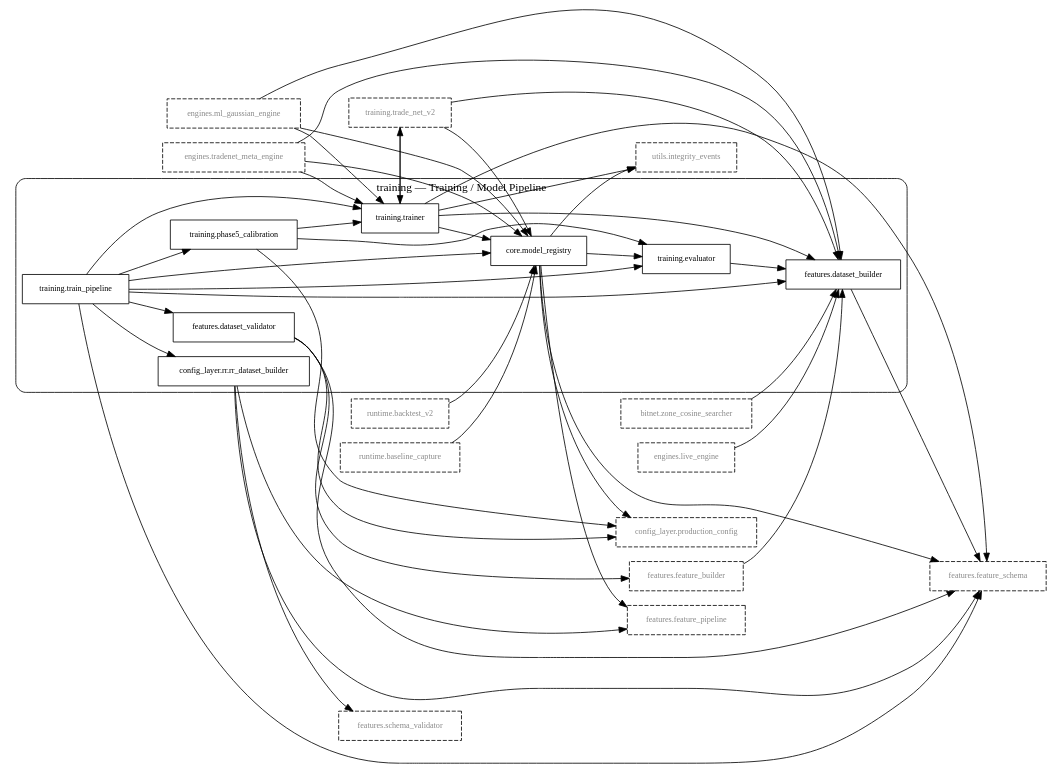
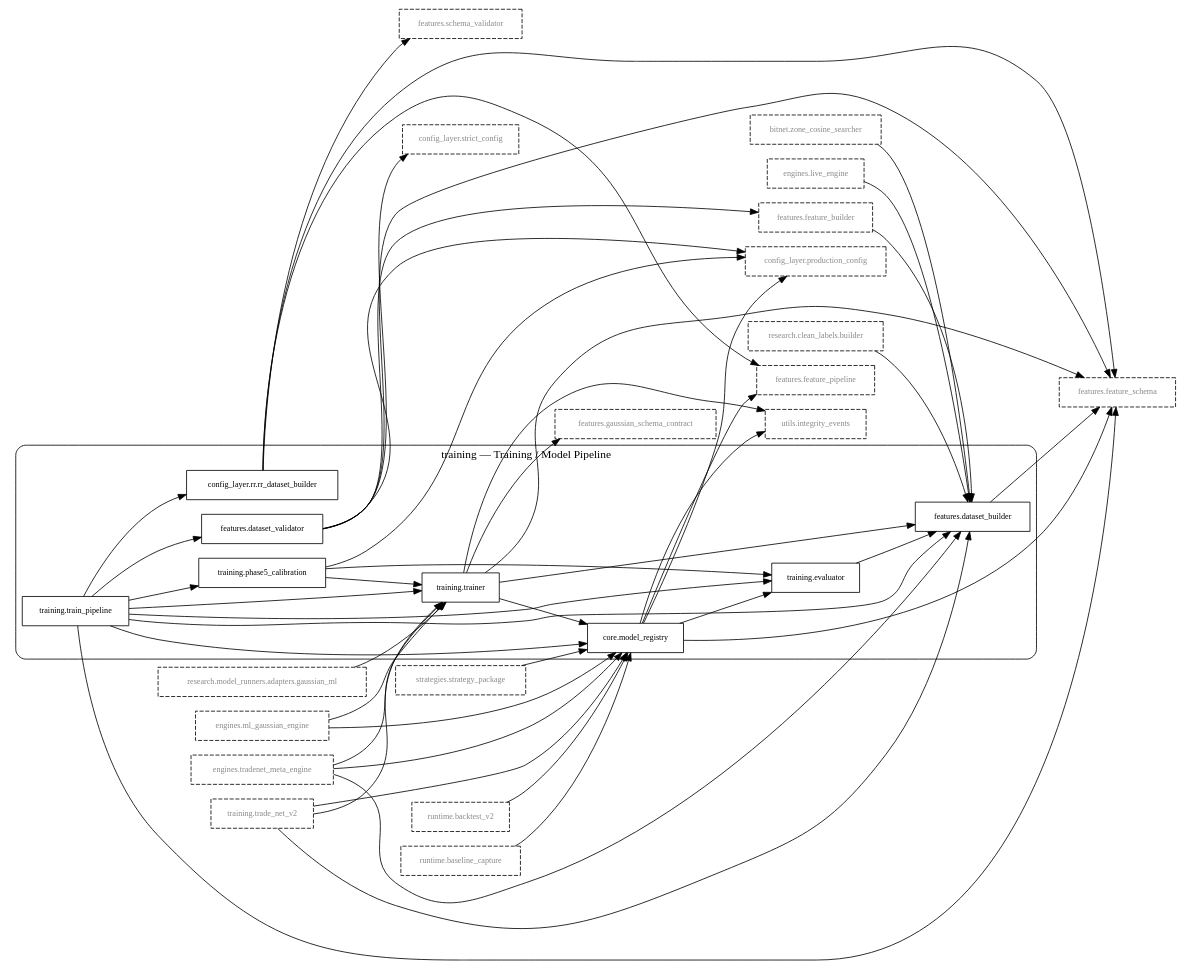
Before and after one commit to Chaithu1995-0312/TradeHlt: the diagram in flow_graphs/training.dot, drawn with Graphviz. The commit also changed 9 other files, not shown here.

First line of the commit message:
Regenerate flow graphs and CLI matrix; resync drifted code citations in docs [nolog]

```diff
--- a/flow_graphs/training.dot
+++ b/flow_graphs/training.dot
@@ -1,78 +1,86 @@
 digraph flow_training {
     rankdir=LR;
     node [shape=box, fontsize=10];
 
     subgraph "cluster_training" {
         label="training — Training / Model Pipeline"; style="rounded";
         "config_layer.rr.rr_dataset_builder";
         "core.model_registry";
         "features.dataset_builder";
         "features.dataset_validator";
         "training.evaluator";
         "training.phase5_calibration";
         "training.train_pipeline";
         "training.trainer";
     }
 
     // 1-hop dependency boundary (not flow members)
     "bitnet.zone_cosine_searcher" [style="dashed", fontcolor="#888888"];
     "config_layer.production_config" [style="dashed", fontcolor="#888888"];
+    "config_layer.strict_config" [style="dashed", fontcolor="#888888"];
     "engines.live_engine" [style="dashed", fontcolor="#888888"];
     "engines.ml_gaussian_engine" [style="dashed", fontcolor="#888888"];
     "engines.tradenet_meta_engine" [style="dashed", fontcolor="#888888"];
     "features.feature_builder" [style="dashed", fontcolor="#888888"];
     "features.feature_pipeline" [style="dashed", fontcolor="#888888"];
     "features.feature_schema" [style="dashed", fontcolor="#888888"];
+    "features.gaussian_schema_contract" [style="dashed", fontcolor="#888888"];
     "features.schema_validator" [style="dashed", fontcolor="#888888"];
+    "research.clean_labels.builder" [style="dashed", fontcolor="#888888"];
+    "research.model_runners.adapters.gaussian_ml" [style="dashed", fontcolor="#888888"];
     "runtime.backtest_v2" [style="dashed", fontcolor="#888888"];
     "runtime.baseline_capture" [style="dashed", fontcolor="#888888"];
+    "strategies.strategy_package" [style="dashed", fontcolor="#888888"];
     "training.trade_net_v2" [style="dashed", fontcolor="#888888"];
     "utils.integrity_events" [style="dashed", fontcolor="#888888"];
 
     // member -> member (intra-flow dependencies)
     "core.model_registry" -> "training.evaluator";
     "training.evaluator" -> "features.dataset_builder";
     "training.phase5_calibration" -> "training.evaluator";
     "training.phase5_calibration" -> "training.trainer";
     "training.train_pipeline" -> "config_layer.rr.rr_dataset_builder";
     "training.train_pipeline" -> "core.model_registry";
     "training.train_pipeline" -> "features.dataset_builder";
     "training.train_pipeline" -> "features.dataset_validator";
     "training.train_pipeline" -> "training.evaluator";
     "training.train_pipeline" -> "training.phase5_calibration";
     "training.train_pipeline" -> "training.trainer";
     "training.trainer" -> "core.model_registry";
     "training.trainer" -> "features.dataset_builder";
 
     // boundary dependencies (one endpoint outside the flow)
     "bitnet.zone_cosine_searcher" -> "features.dataset_builder";
     "config_layer.rr.rr_dataset_builder" -> "features.feature_pipeline";
     "config_layer.rr.rr_dataset_builder" -> "features.feature_schema";
     "config_layer.rr.rr_dataset_builder" -> "features.schema_validator";
     "core.model_registry" -> "config_layer.production_config";
     "core.model_registry" -> "features.feature_pipeline";
     "core.model_registry" -> "features.feature_schema";
     "core.model_registry" -> "utils.integrity_events";
     "engines.live_engine" -> "features.dataset_builder";
     "engines.ml_gaussian_engine" -> "core.model_registry";
-    "engines.ml_gaussian_engine" -> "features.dataset_builder";
     "engines.ml_gaussian_engine" -> "training.trainer";
     "engines.tradenet_meta_engine" -> "core.model_registry";
     "engines.tradenet_meta_engine" -> "features.dataset_builder";
     "engines.tradenet_meta_engine" -> "training.trainer";
     "features.dataset_builder" -> "features.feature_schema";
     "features.dataset_validator" -> "config_layer.production_config";
+    "features.dataset_validator" -> "config_layer.strict_config";
     "features.dataset_validator" -> "features.feature_builder";
     "features.dataset_validator" -> "features.feature_schema";
     "features.feature_builder" -> "features.dataset_builder";
+    "research.clean_labels.builder" -> "features.dataset_builder";
+    "research.model_runners.adapters.gaussian_ml" -> "training.trainer";
     "runtime.backtest_v2" -> "core.model_registry";
     "runtime.baseline_capture" -> "core.model_registry";
+    "strategies.strategy_package" -> "core.model_registry";
     "training.phase5_calibration" -> "config_layer.production_config";
     "training.trade_net_v2" -> "core.model_registry";
     "training.trade_net_v2" -> "features.dataset_builder";
     "training.trade_net_v2" -> "training.trainer";
     "training.train_pipeline" -> "features.feature_schema";
     "training.trainer" -> "features.feature_schema";
-    "training.trainer" -> "training.trade_net_v2";
+    "training.trainer" -> "features.gaussian_schema_contract";
     "training.trainer" -> "utils.integrity_events";
 }
```
